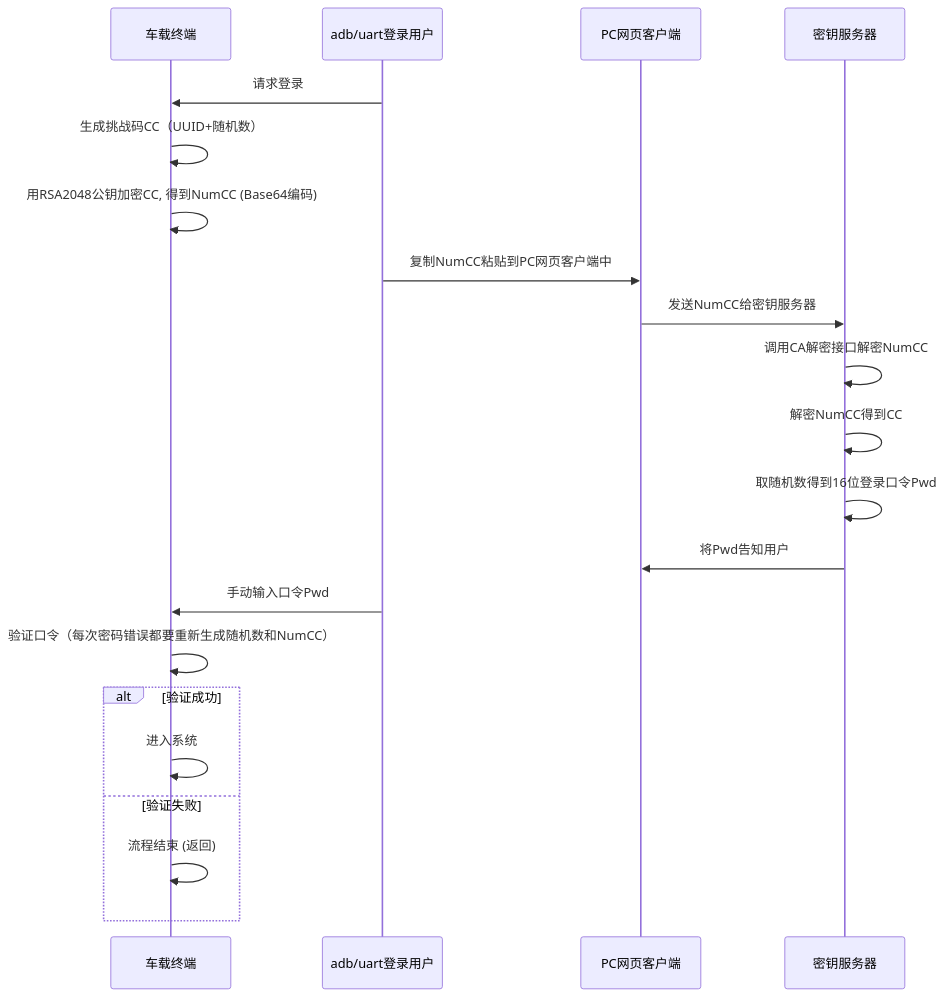
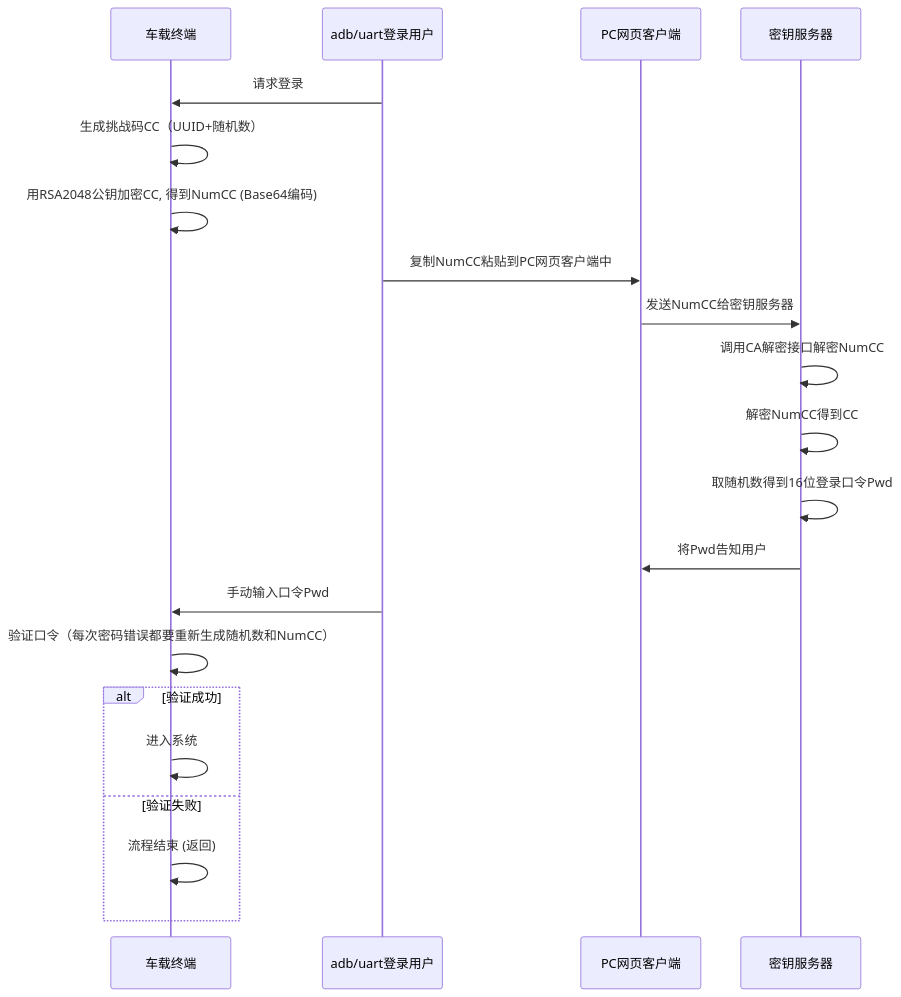
The diagram in all/未命名-16.md (facebook-cloud/iodraw-files), drawn with Mermaid before and after one commit.

Commit message:
2026-02-05 18:02:20 update

````diff
--- a/all/未命名-16.md
+++ b/all/未命名-16.md
@@ -1,27 +1,28 @@
 ```mermaid
 sequenceDiagram
     participant tbox as 车载终端
     participant user as adb/uart登录用户
     participant pc as PC网页客户端
+    participant tech_center as 密钥服务器
     participant tech_center as 密钥服务器
   
 
     user->>tbox: 请求登录
     tbox->>tbox: 生成挑战码CC（UUID+随机数）
     tbox->>tbox: 用RSA2048公钥加密CC, 得到NumCC (Base64编码)
     user->>pc: 复制NumCC粘贴到PC网页客户端中
     pc->>tech_center: 发送NumCC给密钥服务器
     tech_center->>tech_center: 调用CA解密接口解密NumCC
     tech_center->>tech_center: 解密NumCC得到CC
     tech_center->>tech_center: 取随机数得到16位登录口令Pwd
     tech_center->>pc: 将Pwd告知用户
     user->>tbox: 手动输入口令Pwd
     tbox->>tbox: 验证口令（每次密码错误都要重新生成随机数和NumCC）
     alt 验证成功
         tbox->>tbox: 进入系统
     else 验证失败
         tbox->>tbox: 流程结束 (返回)
     end
 
 
 ```
````
